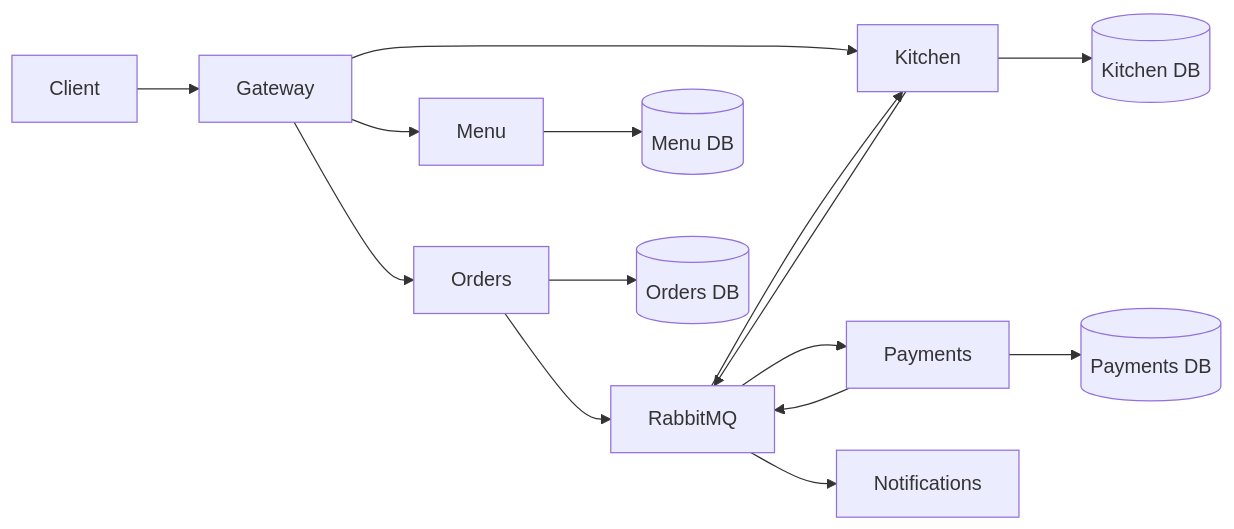
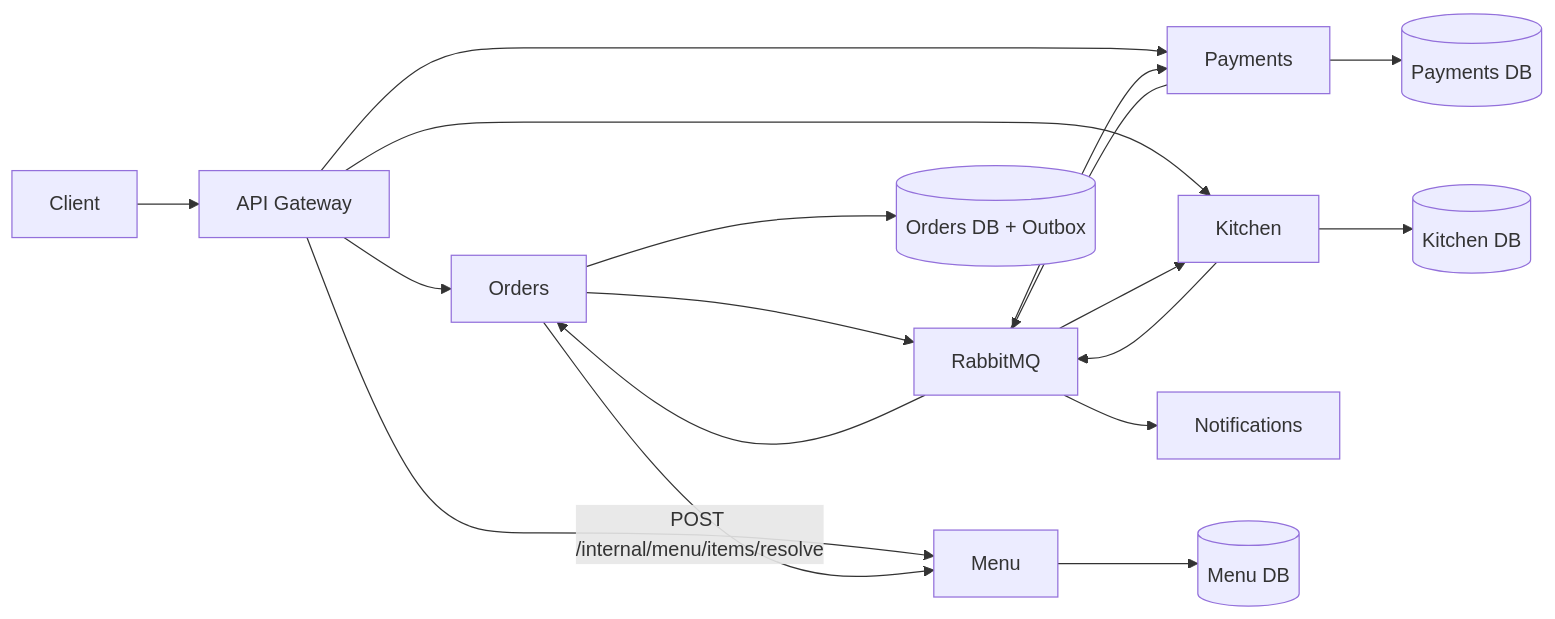
One commit to Rodrigorxt/restaurantflow changed the first of 2 diagrams in docs/architecture.md. Above: the diagram before and after it, drawn with Mermaid. The commit also changed other lines of this file and 5 other files, not shown here.

````diff
--- a/docs/architecture.md
+++ b/docs/architecture.md
@@ -5,17 +5,20 @@
 ```mermaid
 flowchart LR
-    Client --> Gateway
+    Client --> Gateway[API Gateway]
     Gateway --> Menu
     Gateway --> Orders
     Gateway --> Kitchen
-    Orders --> RabbitMQ
-    RabbitMQ --> Kitchen
-    RabbitMQ --> Payments
-    RabbitMQ --> Notifications
-    Kitchen --> RabbitMQ
-    Payments --> RabbitMQ
+    Gateway --> Payments
+    Orders -- "POST /internal/menu/items/resolve" --> Menu
+    Orders --> Broker[RabbitMQ]
+    Broker --> Orders
+    Broker --> Payments
+    Broker --> Kitchen
+    Broker --> Notifications
+    Kitchen --> Broker
+    Payments --> Broker
     Menu --> MenuDb[(Menu DB)]
-    Orders --> OrdersDb[(Orders DB)]
+    Orders --> OrdersDb[(Orders DB + Outbox)]
     Kitchen --> KitchenDb[(Kitchen DB)]
     Payments --> PaymentsDb[(Payments DB)]
 ```
````
